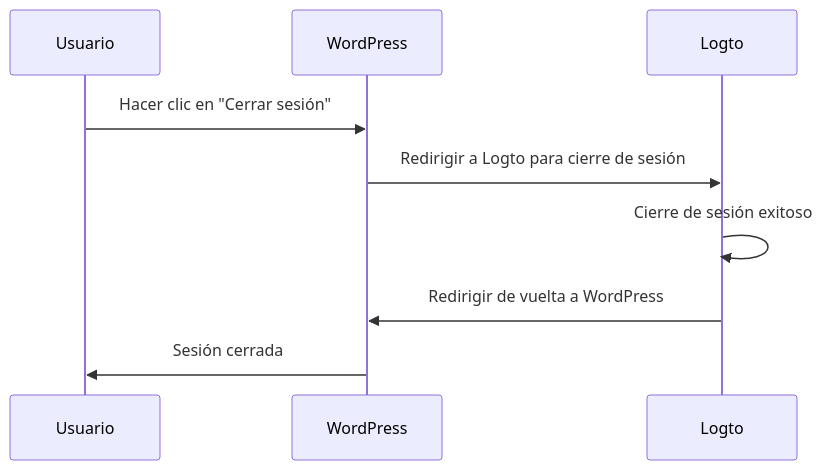
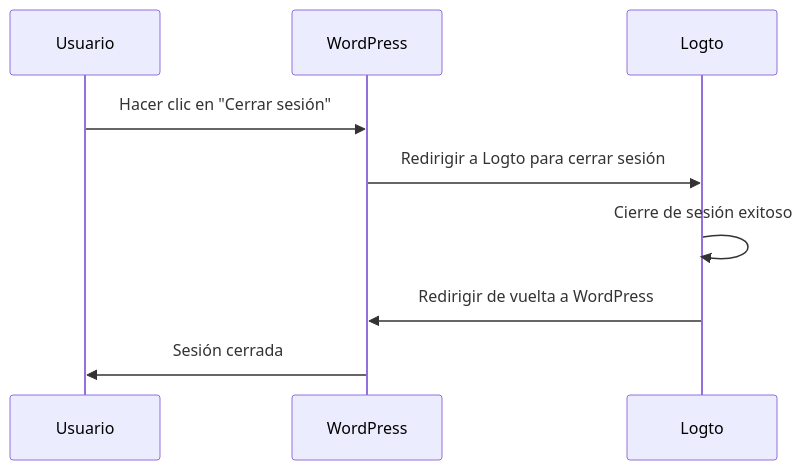
One commit to logto-io/docs changed the second of 2 diagrams in i18n/es/docusaurus-plugin-content-docs/current/quick-starts/framework/wordpress-plugin/_integration.mdx. Above: the diagram before and after it, drawn with Mermaid. The commit also changed other lines of this file and 407 other files, not shown here.

````diff
--- a/i18n/es/docusaurus-plugin-content-docs/current/quick-starts/framework/wordpress-plugin/_integration.mdx
+++ b/i18n/es/docusaurus-plugin-content-docs/current/quick-starts/framework/wordpress-plugin/_integration.mdx
@@ -78,12 +72,12 @@
 ```mermaid
 sequenceDiagram
     participant Usuario
     participant WordPress
     participant Logto
 
     Usuario->>WordPress: Hacer clic en "Cerrar sesión"
-    WordPress->>Logto: Redirigir a Logto para cierre de sesión
+    WordPress->>Logto: Redirigir a Logto para cerrar sesión
     Logto->>Logto: Cierre de sesión exitoso
     Logto->>WordPress: Redirigir de vuelta a WordPress
     WordPress->>Usuario: Sesión cerrada
 ```
````
